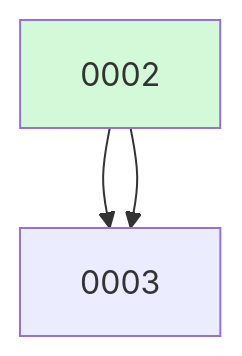
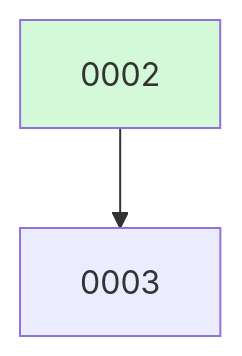
One commit to ethanhinson/fuse changed the diagram in docs/changes/BOARD.md. Above: the diagram before and after it, drawn with Mermaid. The commit also changed other lines of this file, not shown here.

````diff
--- a/docs/changes/BOARD.md
+++ b/docs/changes/BOARD.md
@@ -12,7 +11,6 @@
 ```mermaid
 graph TD
-  0002 --> 0003
   0002 --> 0003
   0002:::done
   classDef done fill:#d3f9d8;
 ```
````
